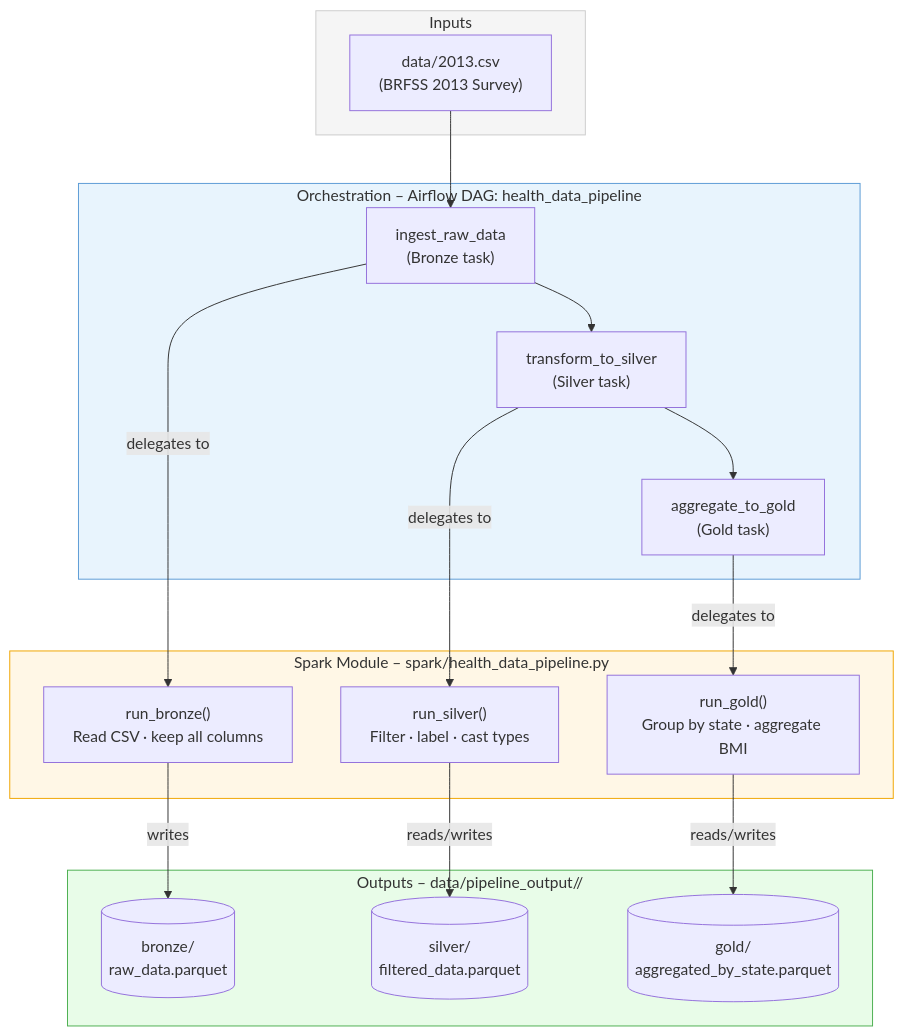
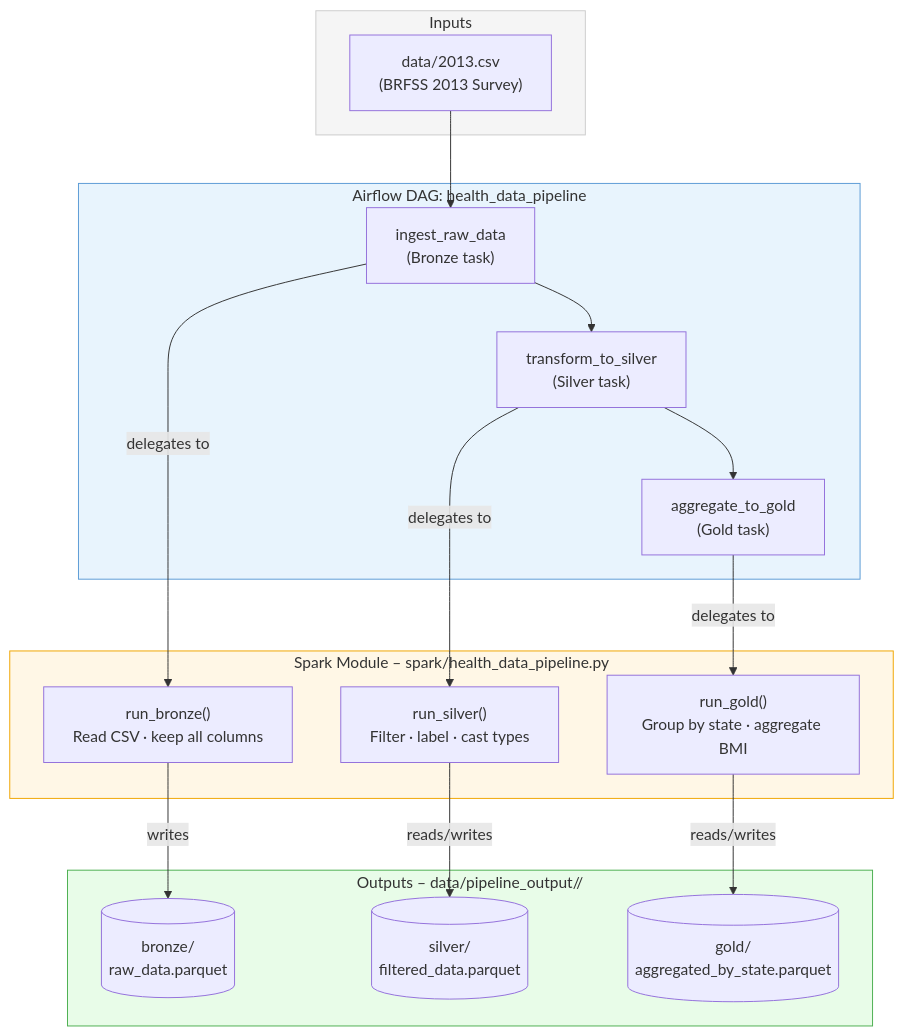
One commit to justynadanielas/cdc-data-analysis changed the first of 2 diagrams in README.md. Above: the diagram before and after it, drawn with Mermaid. The commit also changed other lines of this file and 4 other files, not shown here.

````diff
--- a/README.md
+++ b/README.md
@@ -44,38 +51,38 @@
 ```mermaid
 flowchart TD
     subgraph inputs["Inputs"]
         CSV["data/2013.csv<br/>(BRFSS 2013 Survey)"]
     end
 
-    subgraph orchestration["Orchestration – Airflow DAG: health_data_pipeline"]
+    subgraph orchestration["Airflow DAG: health_data_pipeline"]
         T1["ingest_raw_data<br/>(Bronze task)"]
         T2["transform_to_silver<br/>(Silver task)"]
         T3["aggregate_to_gold<br/>(Gold task)"]
         T1 --> T2 --> T3
     end
 
     subgraph spark_module["Spark Module – spark/health_data_pipeline.py"]
         S1["run_bronze()<br/>Read CSV · keep all columns"]
         S2["run_silver()<br/>Filter · label · cast types"]
         S3["run_gold()<br/>Group by state · aggregate BMI"]
     end
 
     subgraph storage["Outputs – data/pipeline_output/<run_id>/"]
         B[("bronze/<br/>raw_data.parquet")]
         SL[("silver/<br/>filtered_data.parquet")]
         G[("gold/<br/>aggregated_by_state.parquet")]
     end
 
     CSV --> T1
     T1 -- "delegates to" --> S1
     T2 -- "delegates to" --> S2
     T3 -- "delegates to" --> S3
     S1 -- "writes" --> B
     S2 -- "reads/writes" --> SL
     S3 -- "reads/writes" --> G
 
     style inputs fill:#f5f5f5,stroke:#ccc
     style orchestration fill:#e8f4fd,stroke:#5b9bd5
     style spark_module fill:#fff7e6,stroke:#f0a500
     style storage fill:#e8fce8,stroke:#4caf50
 ```
````
